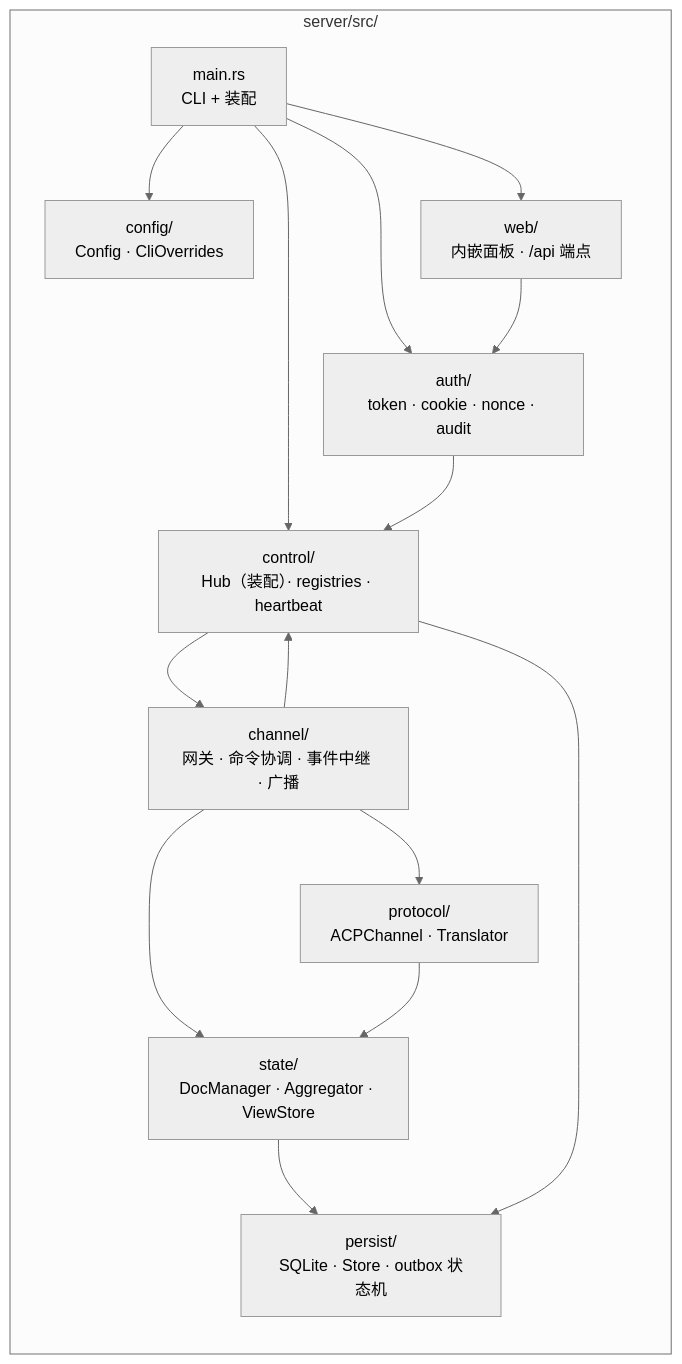
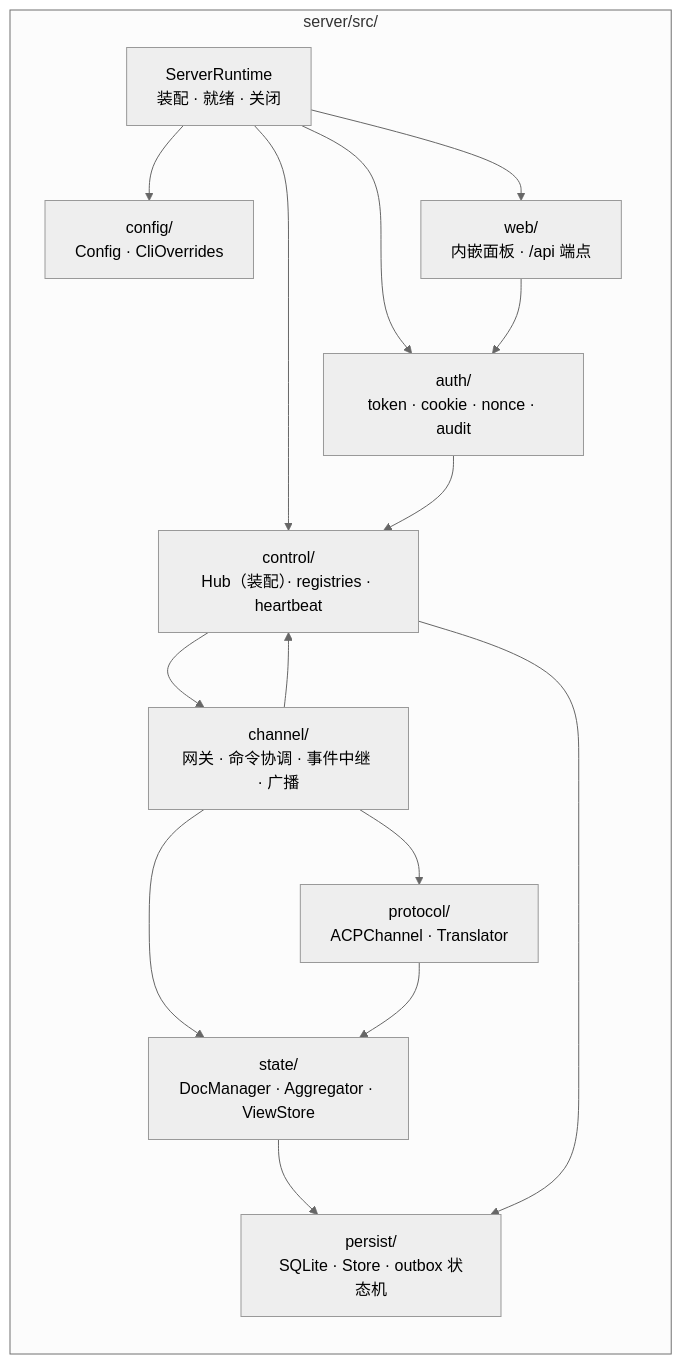
The seventh of 9 diagrams in docs/topology.md (KonghaYao/peri-studio), drawn with Mermaid (neutral theme) before and after one commit. The commit also changed other lines of this file and 65 other files, not shown here.

````diff
--- a/docs/topology.md
+++ b/docs/topology.md
@@ -261,28 +268,28 @@
 ```mermaid
 flowchart LR
     subgraph SRV["server/src/"]
-        MAIN["main.rs<br/>CLI + 装配"]
+        RUNTIME["ServerRuntime<br/>装配 · 就绪 · 关闭"]
         AUTH["auth/<br/>token · cookie · nonce · audit"]
         CFG["config/<br/>Config · CliOverrides"]
         WEB["web/<br/>内嵌面板 · /api 端点"]
         CTRL["control/<br/>Hub（装配）· registries · heartbeat"]
         CH["channel/<br/>网关 · 命令协调 · 事件中继 · 广播"]
         PRT["protocol/<br/>ACPChannel · Translator"]
         ST["state/<br/>DocManager · Aggregator · ViewStore"]
         PS["persist/<br/>SQLite · Store · outbox 状态机"]
     end
 
-    MAIN --> CFG
-    MAIN --> AUTH
-    MAIN --> WEB
-    MAIN --> CTRL
+    RUNTIME --> CFG
+    RUNTIME --> AUTH
+    RUNTIME --> WEB
+    RUNTIME --> CTRL
     AUTH --> CTRL
     WEB --> AUTH
     CTRL --> CH
     CH --> PRT
     CH --> ST
     PRT --> ST
     ST --> PS
     CTRL --> PS
     CH --> CTRL
 ```
````
